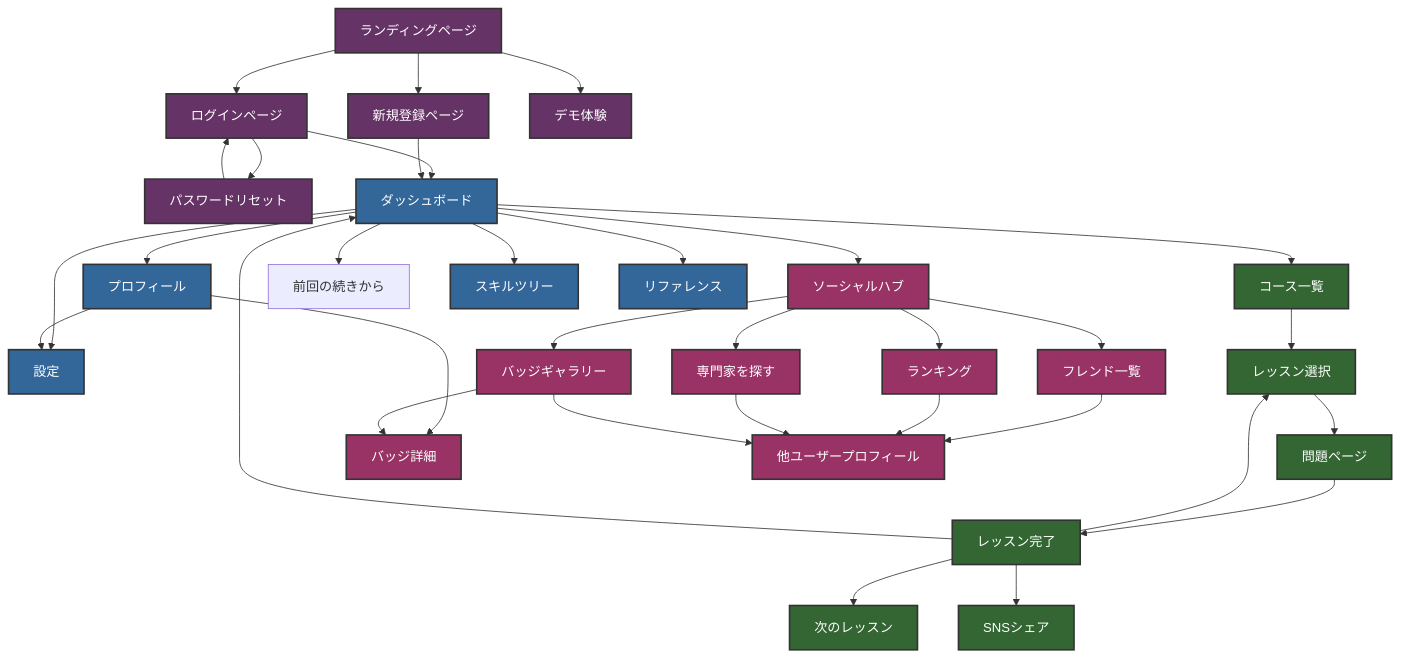
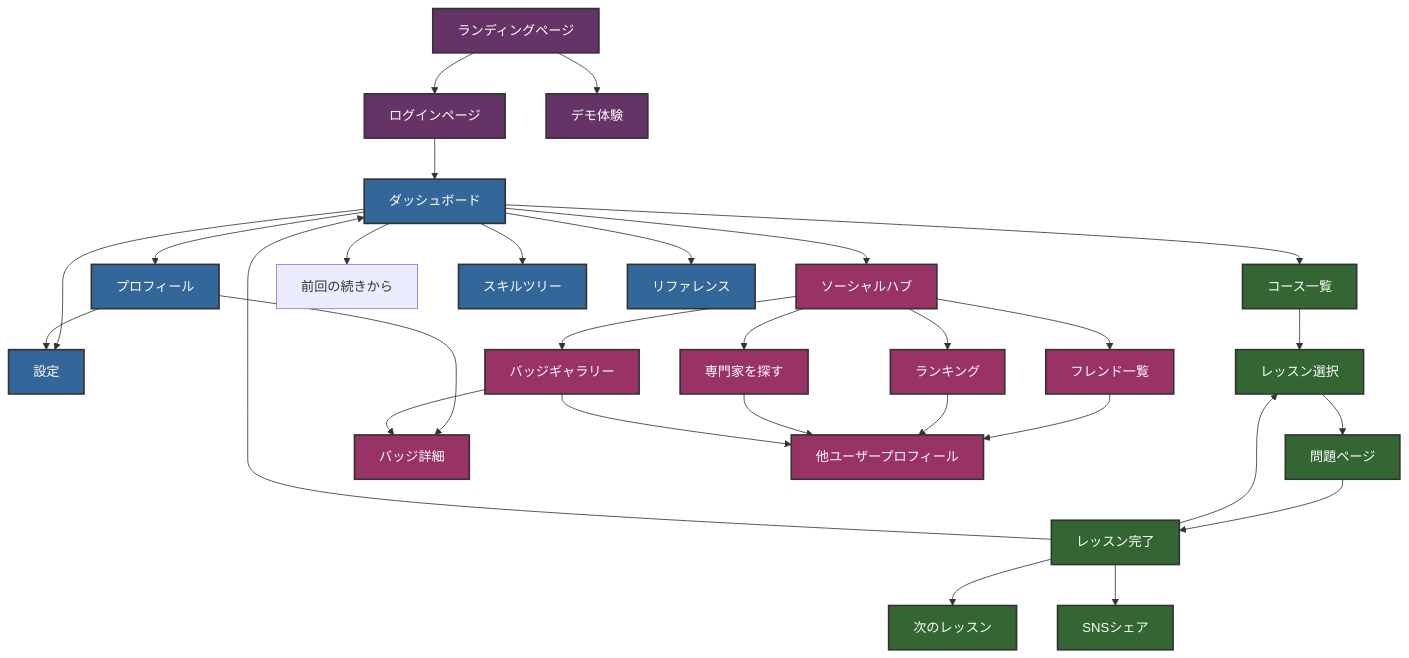
One commit to 2355/mkduo changed the first of 7 diagrams in doc/page-flow-diagram.md. Above: the diagram before and after it, drawn with Mermaid. The commit also changed other lines of this file and 6 other files, not shown here.

````diff
--- a/doc/page-flow-diagram.md
+++ b/doc/page-flow-diagram.md
@@ -5,52 +5,48 @@
 ```mermaid
 graph TD
     Landing[ランディングページ] --> Login[ログインページ]
-    Landing --> Signup[新規登録ページ]
     Landing --> Demo[デモ体験]
     
-    Login --> Reset[パスワードリセット]
     Login --> Dashboard[ダッシュボード]
-    Signup --> Dashboard
-    Reset --> Login
     
     Dashboard --> Courses[コース一覧]
     Dashboard --> Profile[プロフィール]
     Dashboard --> Settings[設定]
     Dashboard --> Social[ソーシャルハブ]
     Dashboard --> ContinueLesson[前回の続きから]
     Dashboard --> SkillTree[スキルツリー]
     Dashboard --> References[リファレンス]
     
     Courses --> Lessons[レッスン選択]
     Lessons --> Questions[問題ページ]
     Questions --> Complete[レッスン完了]
     
     Complete --> NextLesson[次のレッスン]
     Complete --> Lessons
     Complete --> Dashboard
     Complete --> Share[SNSシェア]
     
     Profile --> BadgeDetails[バッジ詳細]
     Profile --> Settings
     
     Social --> Friends[フレンド一覧]
     Social --> Leaderboards[ランキング]
     Social --> Experts[専門家を探す]
     Social --> Badges[バッジギャラリー]
     
     Friends --> OtherProfile[他ユーザープロフィール]
     Leaderboards --> OtherProfile
     Experts --> OtherProfile
     Badges --> OtherProfile
     Badges --> BadgeDetails
     
     classDef unauth fill:#663366,stroke:#333,stroke-width:2px,color:#fff;
     classDef auth fill:#336699,stroke:#333,stroke-width:2px,color:#fff;
     classDef learning fill:#336633,stroke:#333,stroke-width:2px,color:#fff;
     classDef social fill:#993366,stroke:#333,stroke-width:2px,color:#fff;
     
-    class Landing,Login,Signup,Reset,Demo unauth;
+    class Landing,Login,Demo unauth;
     class Dashboard,Profile,Settings,SkillTree,References auth;
     class Courses,Lessons,Questions,Complete,NextLesson,Share learning;
     class Social,Friends,Leaderboards,Experts,Badges,OtherProfile,BadgeDetails social;
 ```
````
